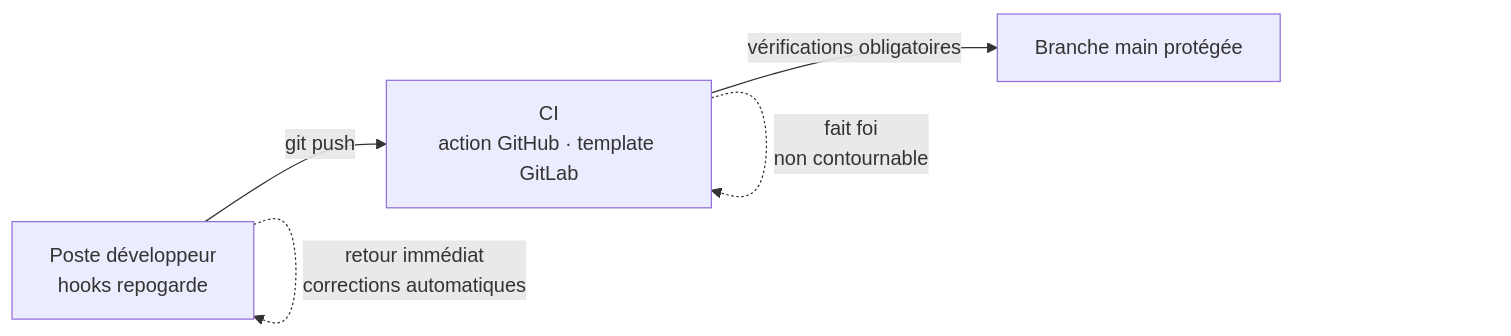
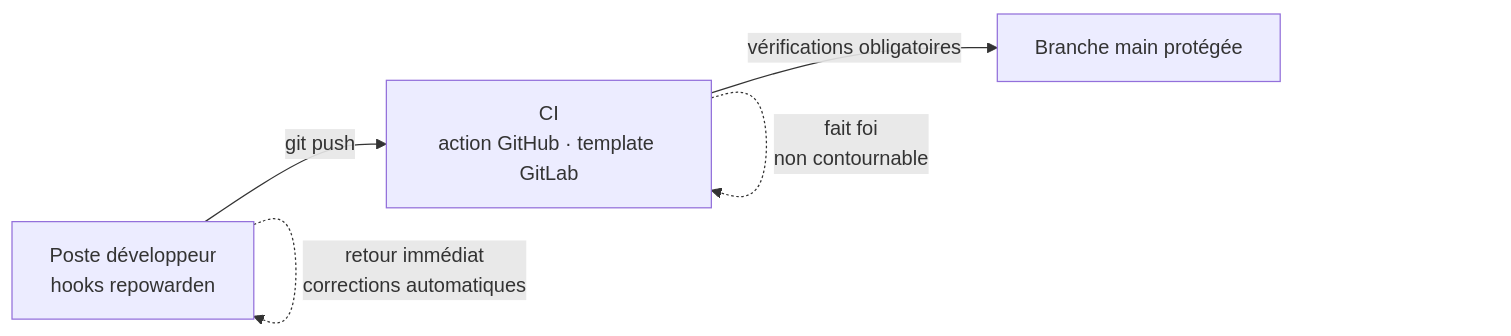
One commit to SimBienvenueHoulBoumi/githooks changed the diagram in docs/index.md. Above: the diagram before and after it, drawn with Mermaid. The commit also changed other lines of this file and 91 other files, not shown here.

First line of the commit message:
refactor!: renomme repogarde en repowarden

````diff
--- a/docs/index.md
+++ b/docs/index.md
@@ -5,7 +5,7 @@
 ```mermaid
 flowchart LR
-    A["Poste développeur<br/>hooks repogarde"] -->|git push| B["CI<br/>action GitHub · template GitLab"]
+    A["Poste développeur<br/>hooks repowarden"] -->|git push| B["CI<br/>action GitHub · template GitLab"]
     B -->|vérifications obligatoires| C["Branche main protégée"]
     A -. "retour immédiat<br/>corrections automatiques" .-> A
     B -. "fait foi<br/>non contournable" .-> B
 ```
````
